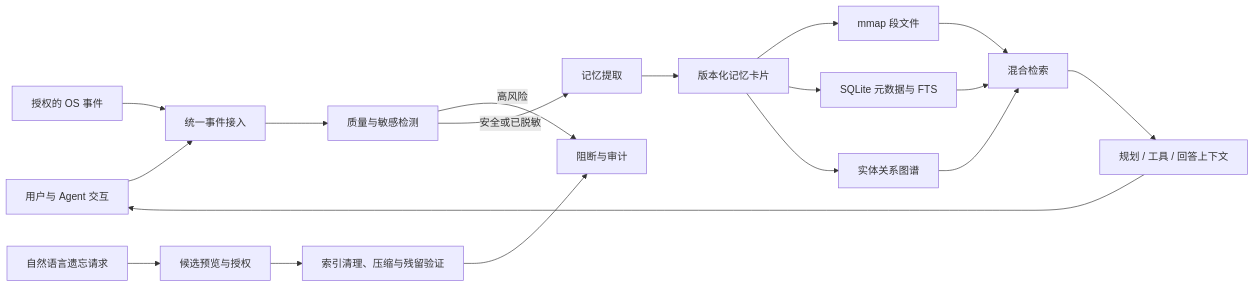
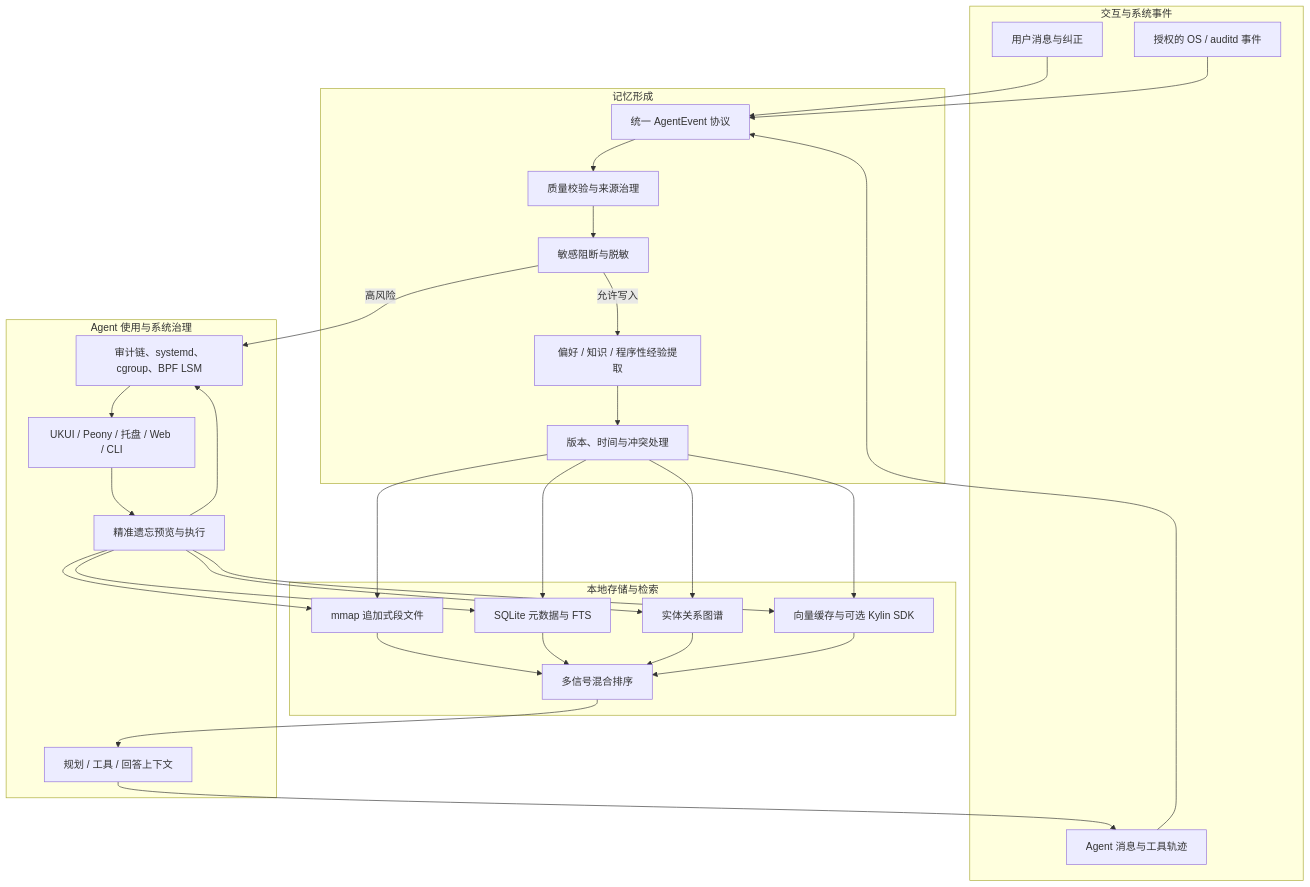
One commit to Alexd-star/memguardos changed the diagram in README.md. Above: the diagram before and after it, drawn with Mermaid. The commit also changed other lines of this file, not shown here.

````diff
--- a/README.md
+++ b/README.md
@@ -113,20 +200,54 @@
 ```mermaid
-flowchart LR
-    A["用户与 Agent 交互"] --> B["统一事件接入"]
-    O["授权的 OS 事件"] --> B
-    B --> C["质量与敏感检测"]
-    C -->|"高风险"| D["阻断与审计"]
-    C -->|"安全或已脱敏"| E["记忆提取"]
-    E --> F["版本化记忆卡片"]
-    F --> G["mmap 段文件"]
-    F --> H["SQLite 元数据与 FTS"]
-    F --> I["实体关系图谱"]
-    G --> J["混合检索"]
-    H --> J
-    I --> J
-    J --> K["规划 / 工具 / 回答上下文"]
-    K --> A
-    L["自然语言遗忘请求"] --> M["候选预览与授权"]
-    M --> N["索引清理、压缩与残留验证"]
-    N --> D
+flowchart TB
+    subgraph S1["交互与系统事件"]
+        U["用户消息与纠正"]
+        A["Agent 消息与工具轨迹"]
+        O["授权的 OS / auditd 事件"]
+    end
+
+    subgraph S2["记忆形成"]
+        E["统一 AgentEvent 协议"]
+        Q["质量校验与来源治理"]
+        P["敏感阻断与脱敏"]
+        X["偏好 / 知识 / 程序性经验提取"]
+        V["版本、时间与冲突处理"]
+    end
+
+    subgraph S3["本地存储与检索"]
+        M["mmap 追加式段文件"]
+        D["SQLite 元数据与 FTS"]
+        G["实体关系图谱"]
+        R["向量缓存与可选 Kylin SDK"]
+        H["多信号混合排序"]
+    end
+
+    subgraph S4["Agent 使用与系统治理"]
+        C["规划 / 工具 / 回答上下文"]
+        F["精准遗忘预览与执行"]
+        Z["审计链、systemd、cgroup、BPF LSM"]
+        UI["UKUI / Peony / 托盘 / Web / CLI"]
+    end
+
+    U --> E
+    A --> E
+    O --> E
+    E --> Q --> P
+    P -->|"允许写入"| X --> V
+    P -->|"高风险"| Z
+    V --> M
+    V --> D
+    V --> G
+    V --> R
+    M --> H
+    D --> H
+    G --> H
+    R --> H
+    H --> C --> A
+    UI --> F
+    F --> M
+    F --> D
+    F --> G
+    F --> R
+    F --> Z
+    Z --> UI
 ```
````
